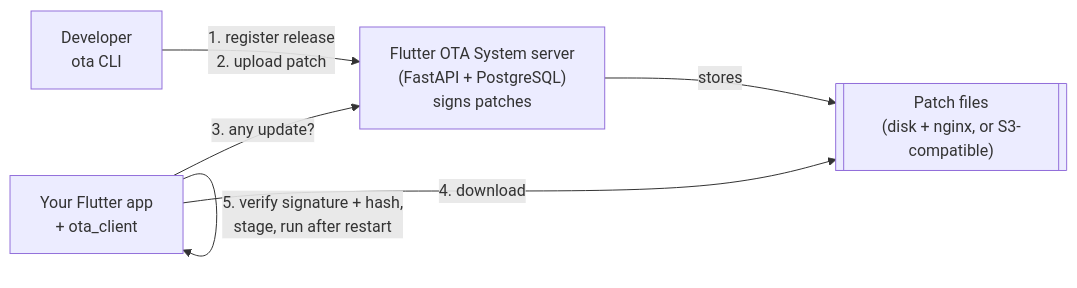
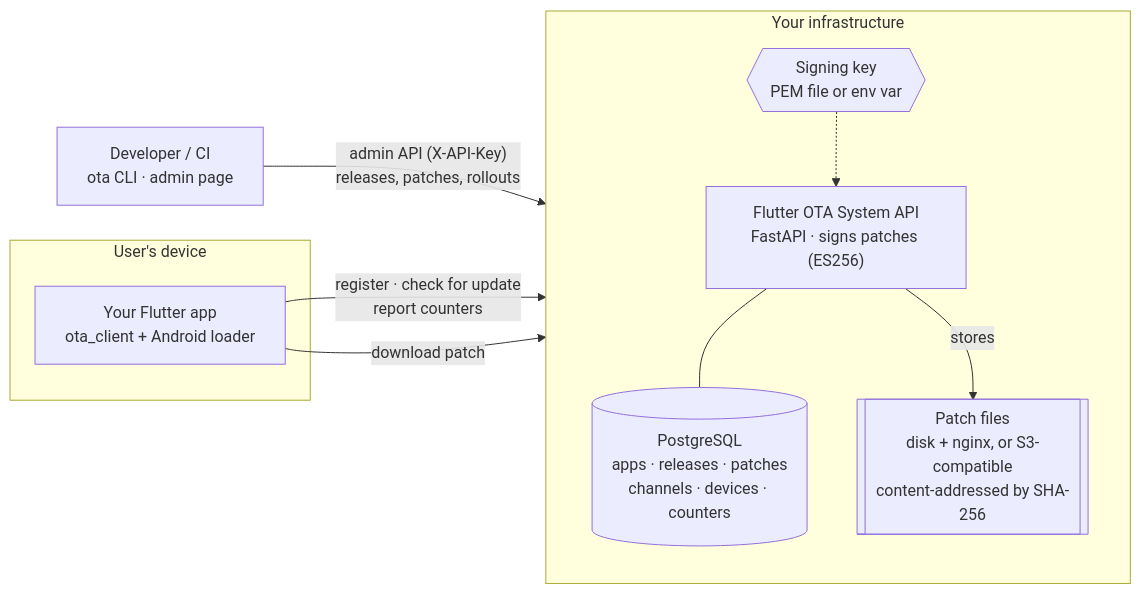
One commit to punitsoni22/flutter_ota_system changed the first of 2 diagrams in README.md. Above: the diagram before and after it, drawn with Mermaid. The commit also changed other lines of this file and 7 other files, not shown here.

````diff
--- a/README.md
+++ b/README.md
@@ -71,8 +126,19 @@
 ```mermaid
 flowchart LR
-  dev["Developer<br/>ota CLI"] -- "1. register release<br/>2. upload patch" --> api["Flutter OTA System server<br/>(FastAPI + PostgreSQL)<br/>signs patches"]
-  api -- stores --> files[["Patch files<br/>(disk + nginx, or S3-compatible)"]]
-  app["Your Flutter app<br/>+ ota_client"] -- "3. any update?" --> api
-  app -- "4. download" --> files
-  app -- "5. verify signature + hash,<br/>stage, run after restart" --> app
+  subgraph yours["Your infrastructure"]
+    direction TB
+    api["Flutter OTA System API<br/>FastAPI · signs patches (ES256)"]
+    db[("PostgreSQL<br/>apps · releases · patches<br/>channels · devices · counters")]
+    files[["Patch files<br/>disk + nginx, or S3-compatible<br/>content-addressed by SHA-256"]]
+    key{{"Signing key<br/>PEM file or env var"}}
+    api --- db
+    api -- "stores" --> files
+    key -.-> api
+  end
+  dev["Developer / CI<br/>ota CLI · admin page"] -- "admin API (X-API-Key)<br/>releases, patches, rollouts" --> api
+  subgraph device["User's device"]
+    app["Your Flutter app<br/>ota_client + Android loader"]
+  end
+  app -- "register · check for update<br/>report counters" --> api
+  app -- "download patch" --> files
 ```
````
